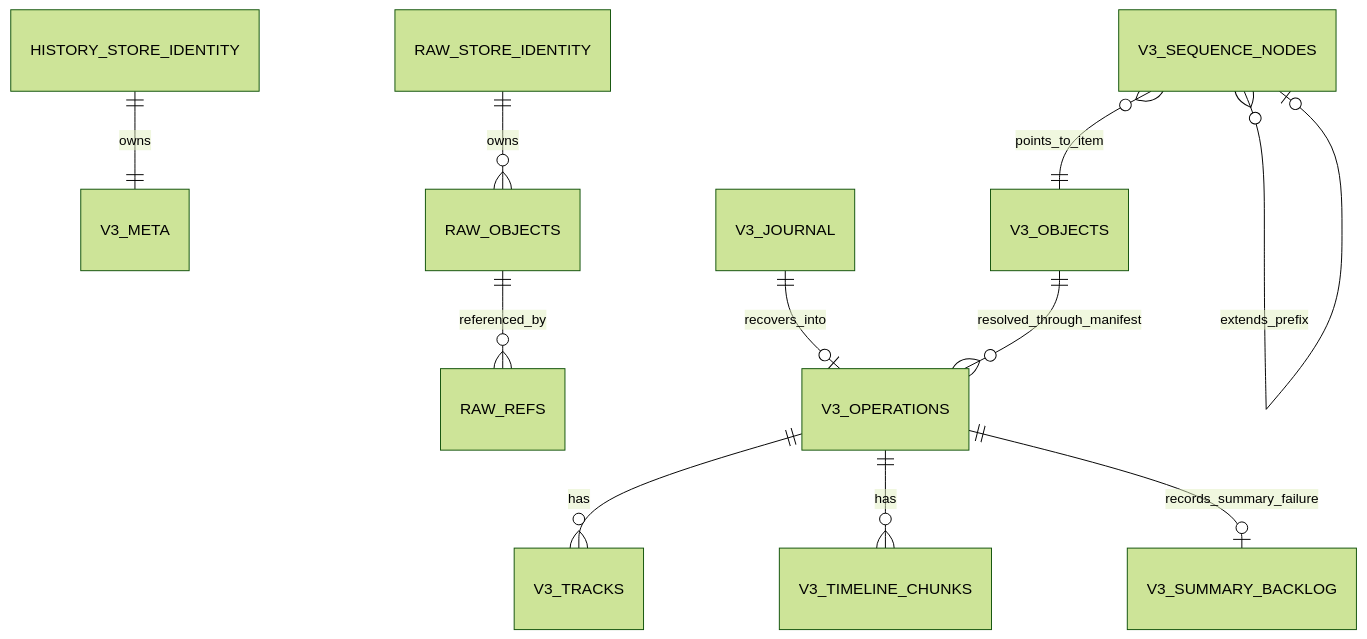
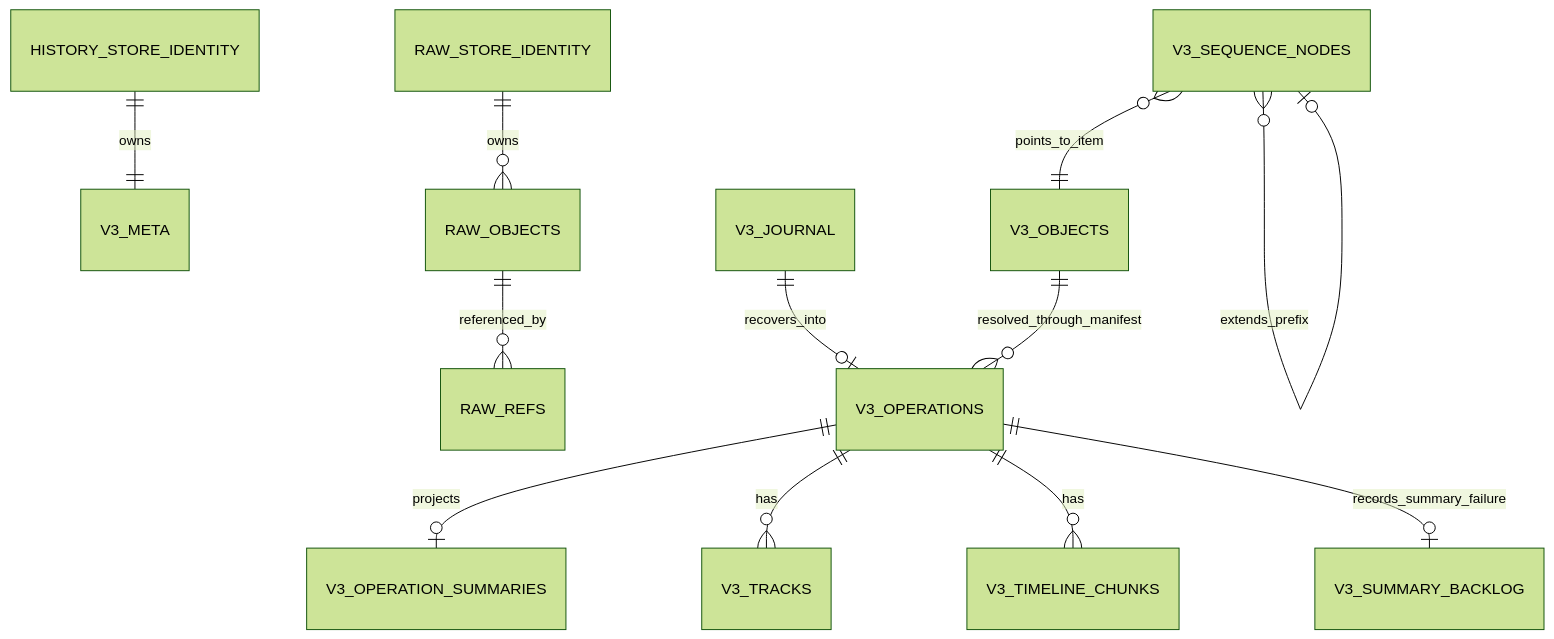
Before and after one commit to puxu-msft/copilot-api-js: the diagram in docs/history-v3-schema.md, drawn with Mermaid (forest theme). The commit also changed other lines of this file and 7 other files, not shown here.

````diff
--- a/docs/history-v3-schema.md
+++ b/docs/history-v3-schema.md
@@ -23,13 +23,14 @@
 ```mermaid
 erDiagram
     HISTORY_STORE_IDENTITY ||--|| V3_META : owns
+    V3_OPERATIONS ||--o| V3_OPERATION_SUMMARIES : projects
     V3_OPERATIONS ||--o{ V3_TRACKS : has
     V3_OPERATIONS ||--o{ V3_TIMELINE_CHUNKS : has
     V3_OBJECTS ||--o{ V3_OPERATIONS : resolved_through_manifest
     V3_SEQUENCE_NODES }o--|| V3_OBJECTS : points_to_item
     V3_SEQUENCE_NODES }o--o| V3_SEQUENCE_NODES : extends_prefix
     V3_JOURNAL ||--o| V3_OPERATIONS : recovers_into
     V3_OPERATIONS ||--o| V3_SUMMARY_BACKLOG : records_summary_failure
     RAW_STORE_IDENTITY ||--o{ RAW_OBJECTS : owns
     RAW_OBJECTS ||--o{ RAW_REFS : referenced_by
 ```
````
